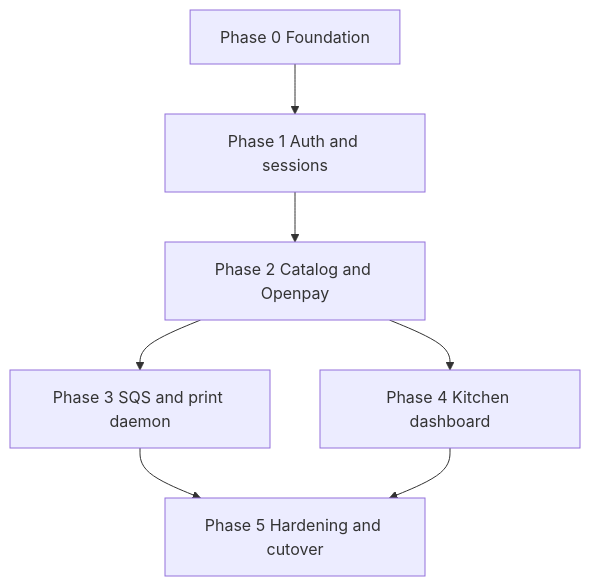
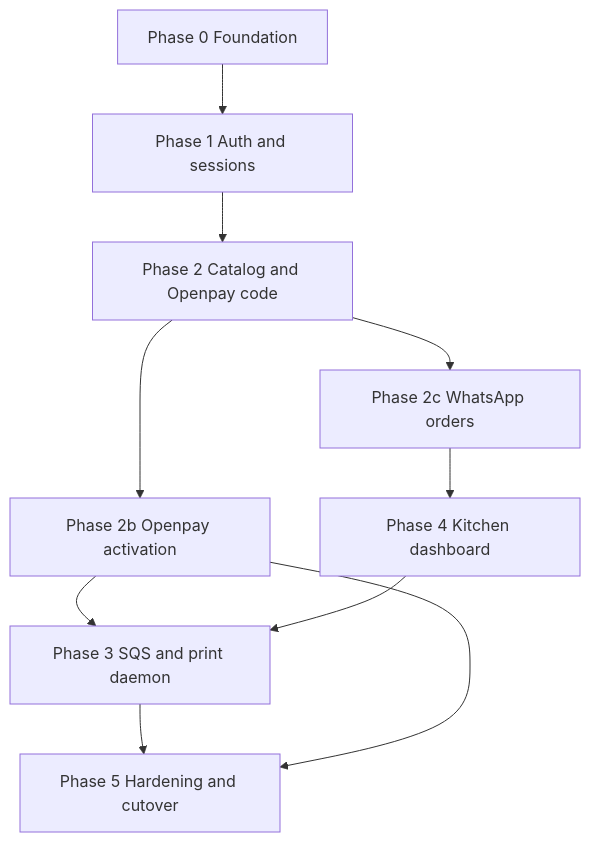
One commit to IsaacAGz/Power-Meals changed the fifth of 5 diagrams in PLAN.md. Above: the diagram before and after it, drawn with Mermaid. The commit also changed other lines of this file and 35 other files, not shown here.

````diff
--- a/PLAN.md
+++ b/PLAN.md
@@ -634,15 +678,20 @@
 ```mermaid
 flowchart TD
   P0[Phase 0 Foundation]
   P1[Phase 1 Auth and sessions]
-  P2[Phase 2 Catalog and Openpay]
+  P2[Phase 2 Catalog and Openpay code]
+  P2b[Phase 2b Openpay activation]
+  P2c[Phase 2c WhatsApp orders]
   P3[Phase 3 SQS and print daemon]
   P4[Phase 4 Kitchen dashboard]
   P5[Phase 5 Hardening and cutover]
   P0 --> P1
   P1 --> P2
-  P2 --> P3
-  P2 --> P4
+  P2 --> P2b
+  P2 --> P2c
+  P2b --> P3
+  P2c --> P4
+  P4 --> P3
   P3 --> P5
-  P4 --> P5
+  P2b --> P5
 ```
````
